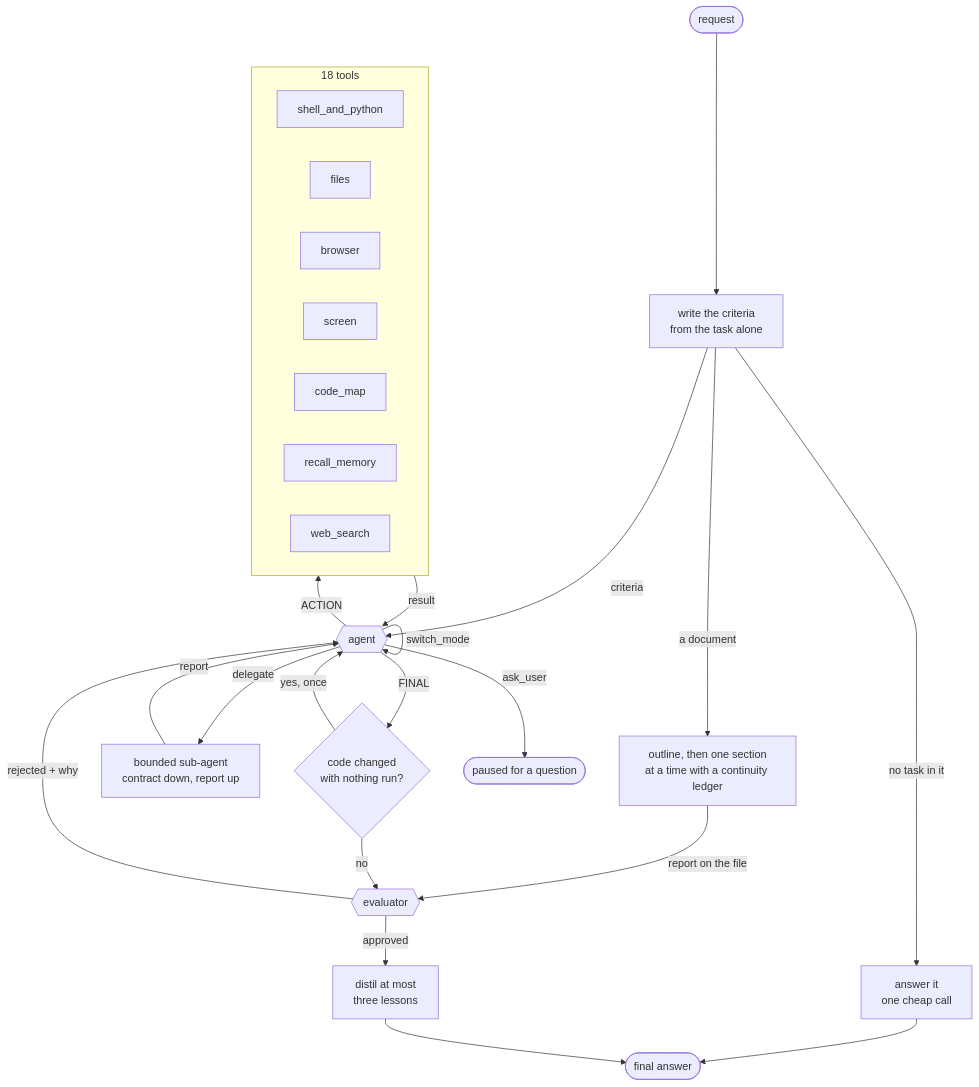
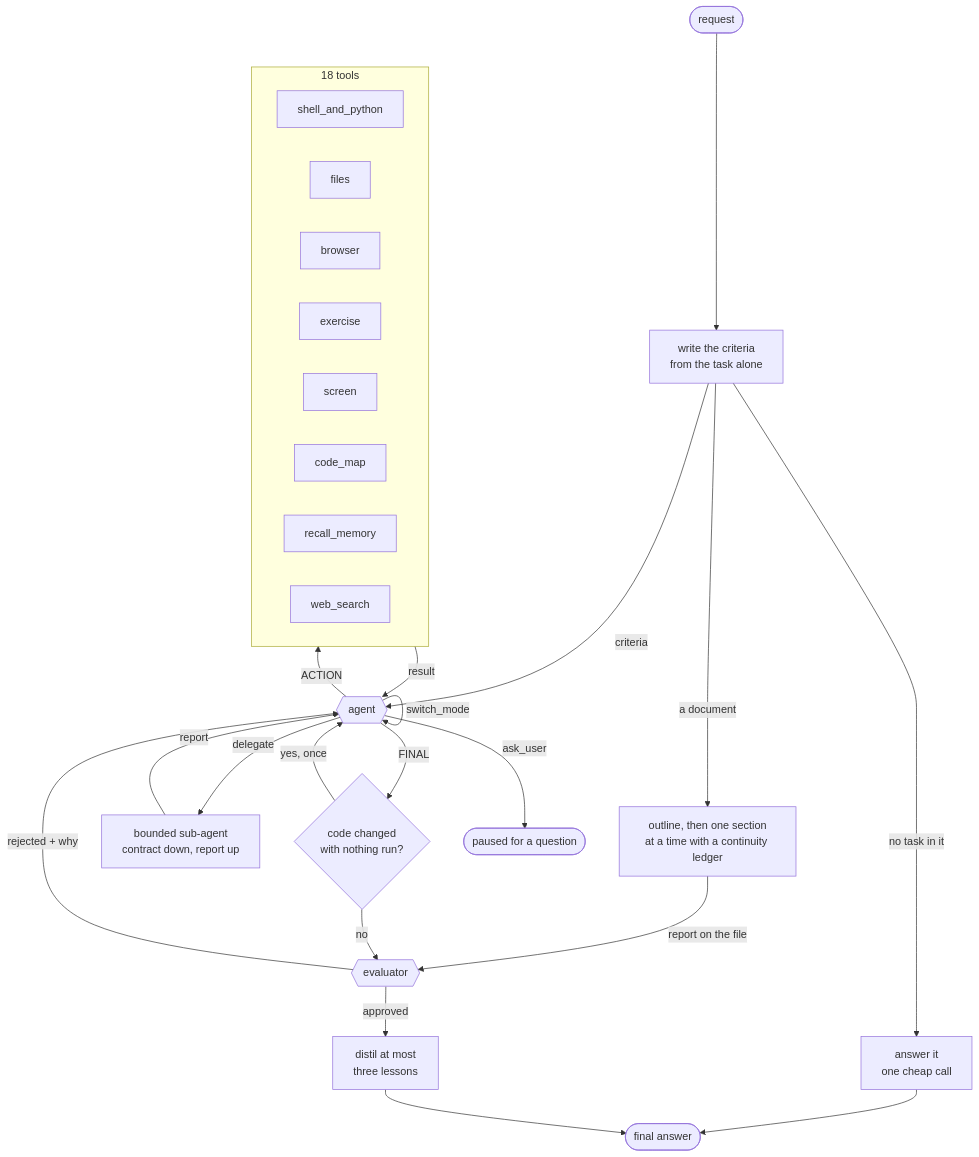
The diagram in README.md (siddharth23P/otto_agent), drawn with Mermaid before and after one commit. The commit also changed other lines of this file and 18 other files, not shown here.

````diff
--- a/README.md
+++ b/README.md
@@ -188,35 +140,36 @@
 ```mermaid
 flowchart TD
     start([request]) --> rubric[write the criteria<br/>from the task alone]
     rubric -->|no task in it| chat[answer it<br/>one cheap call] --> done
     rubric -->|a document| research[outline, then one section<br/>at a time with a continuity ledger]
     research -->|report on the file| evaluator
     rubric -->|criteria| agent
 
     agent{{agent}} -->|ACTION| tools
     tools -->|result| agent
     agent -->|switch_mode| agent
     agent -->|delegate| child[bounded sub-agent<br/>contract down, report up]
     child -->|report| agent
 
     agent -->|FINAL| gate{code changed<br/>with nothing run?}
     gate -->|yes, once| agent
     gate -->|no| evaluator
 
     evaluator{{evaluator}} -->|rejected + why| agent
     evaluator -->|approved| learn[distil at most<br/>three lessons]
     learn --> done([final answer])
 
     agent -->|ask_user| pause([paused for a question])
 
     subgraph tools [18 tools]
         direction LR
         shell_and_python
         files
         browser
+        exercise
         screen
         code_map
         recall_memory
         web_search
     end
 ```
````
